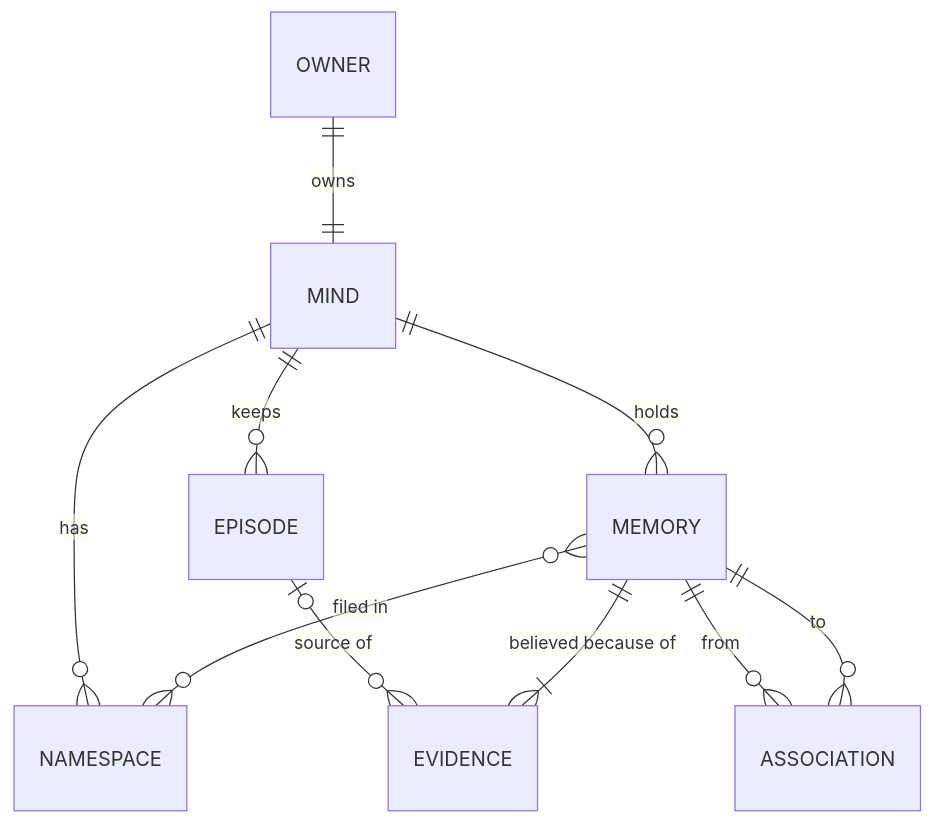
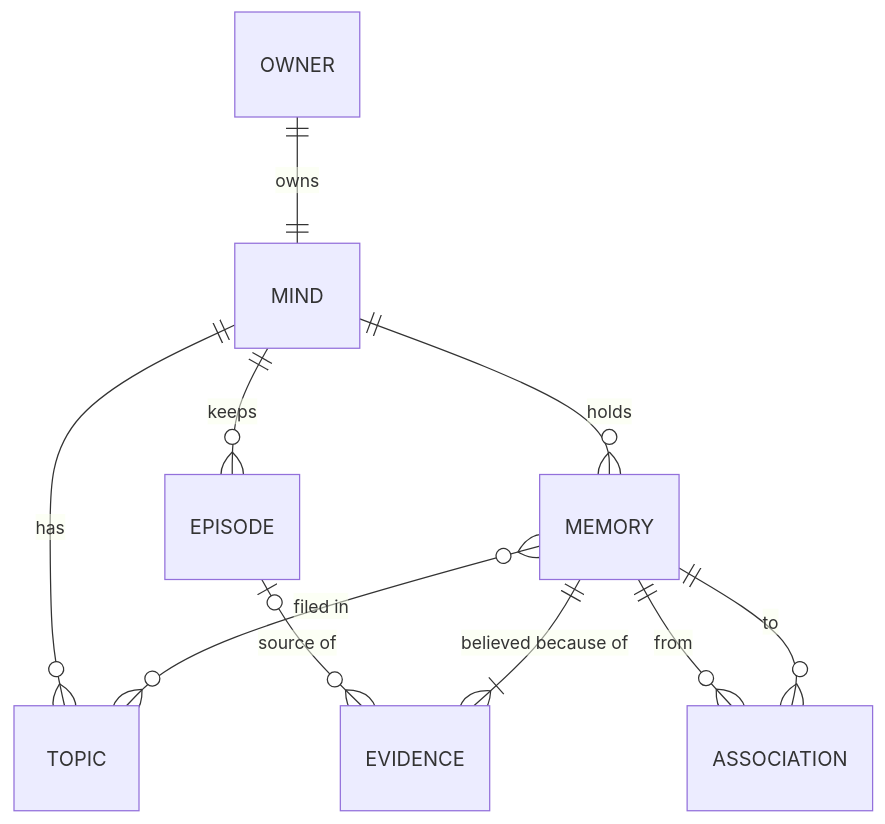
One commit to willregelmann/tapestry changed the diagram in docs/primitives/MIND.md. Above: the diagram before and after it, drawn with Mermaid. The commit also changed other lines of this file and 6 other files, not shown here.

First line of the commit message:
Map: rename Namespace to Topic, and the default to the general topic

````diff
--- a/docs/primitives/MIND.md
+++ b/docs/primitives/MIND.md
@@ -5,12 +5,12 @@
 ```mermaid
 erDiagram
     OWNER ||--|| MIND : "owns"
-    MIND ||--o{ NAMESPACE : "has"
+    MIND ||--o{ TOPIC : "has"
     MIND ||--o{ MEMORY : "holds"
     MIND ||--o{ EPISODE : "keeps"
     EPISODE |o--o{ EVIDENCE : "source of"
-    MEMORY }o--o{ NAMESPACE : "filed in"
+    MEMORY }o--o{ TOPIC : "filed in"
     MEMORY ||--|{ EVIDENCE : "believed because of"
     MEMORY ||--o{ ASSOCIATION : "from"
     ASSOCIATION }o--|| MEMORY : "to"
 ```
````
